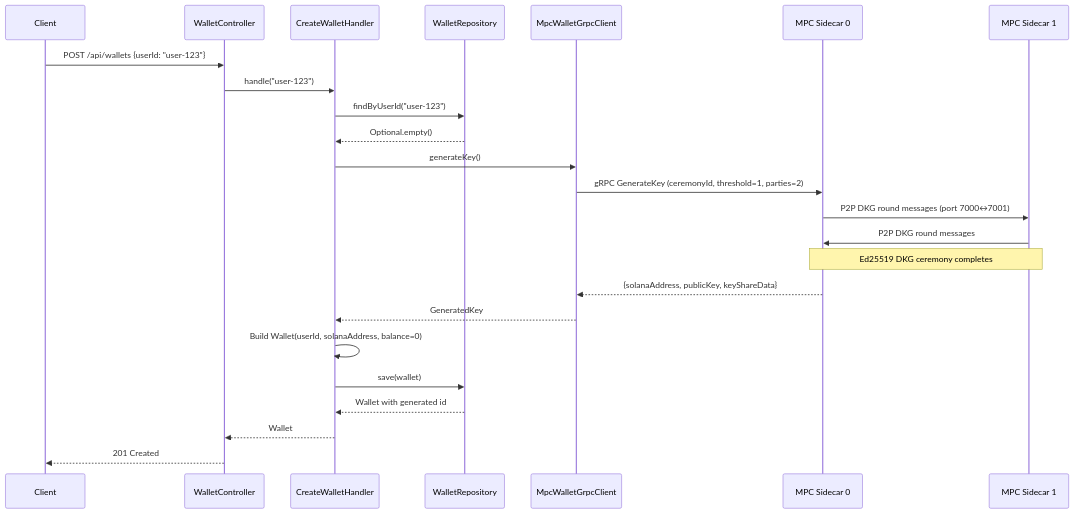
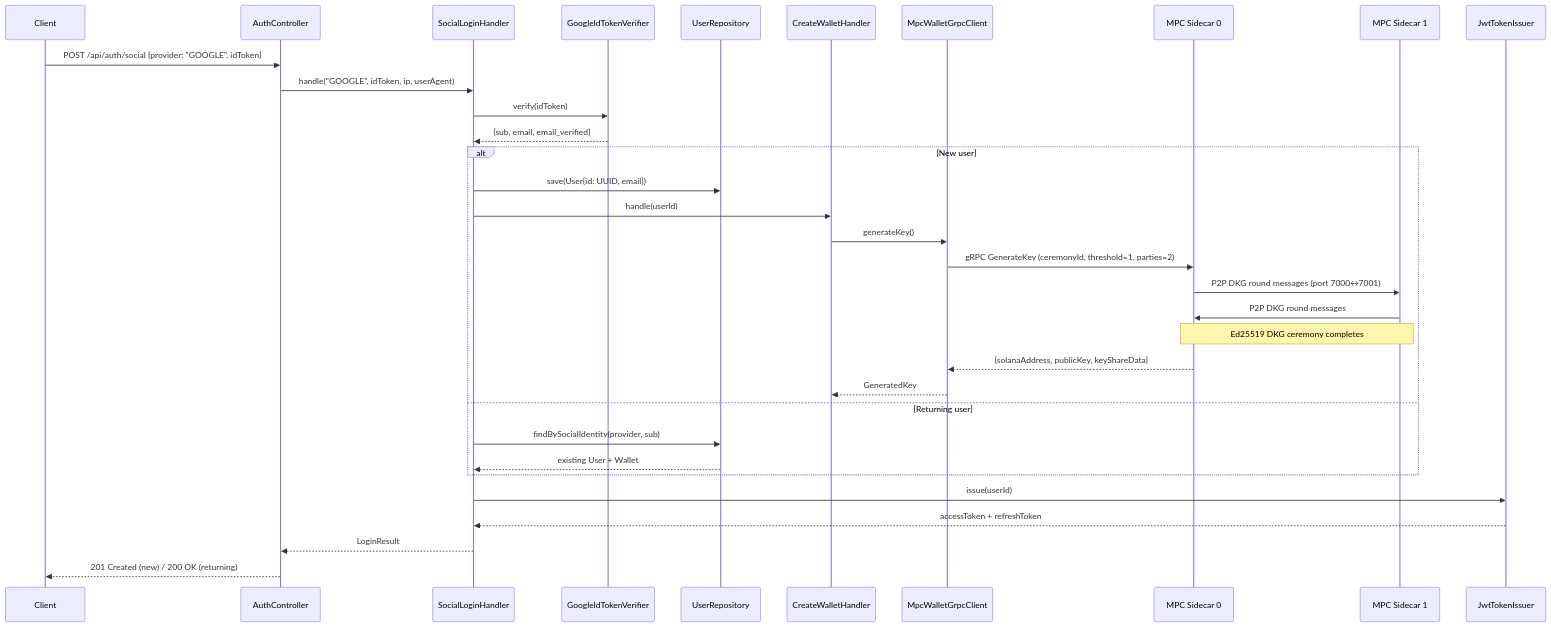
The third of 11 diagrams in README.md (Puneethkumarck/stablepay-hackathon), drawn with Mermaid before and after one commit. The commit also changed other lines of this file and 10 other files, not shown here.

First line of the commit message:
feat(STA-104): update README with architecture images, extract Solana accounting model, auth-aware e2e script

````diff
--- a/README.md
+++ b/README.md
@@ -198,31 +209,38 @@
 ```mermaid
 sequenceDiagram
     participant Client
-    participant Controller as WalletController
-    participant Handler as CreateWalletHandler
-    participant Repo as WalletRepository
+    participant Controller as AuthController
+    participant Handler as SocialLoginHandler
+    participant Google as GoogleIdTokenVerifier
+    participant UserRepo as UserRepository
+    participant WalletHandler as CreateWalletHandler
     participant MPC as MpcWalletGrpcClient
     participant Sidecar0 as MPC Sidecar 0
     participant Sidecar1 as MPC Sidecar 1
+    participant JWT as JwtTokenIssuer
 
-    Client->>Controller: POST /api/wallets {userId: "user-123"}
+    Client->>Controller: POST /api/auth/social {provider: "GOOGLE", idToken}
+    Controller->>Handler: handle("GOOGLE", idToken, ip, userAgent)
+    Handler->>Google: verify(idToken)
+    Google-->>Handler: {sub, email, email_verified}
 
-    Controller->>Handler: handle("user-123")
-    Handler->>Repo: findByUserId("user-123")
-    Repo-->>Handler: Optional.empty()
+    alt New user
+        Handler->>UserRepo: save(User{id: UUID, email})
+        Handler->>WalletHandler: handle(userId)
+        WalletHandler->>MPC: generateKey()
+        MPC->>Sidecar0: gRPC GenerateKey (ceremonyId, threshold=1, parties=2)
+        Sidecar0->>Sidecar1: P2P DKG round messages (port 7000↔7001)
+        Sidecar1->>Sidecar0: P2P DKG round messages
+        Note over Sidecar0,Sidecar1: Ed25519 DKG ceremony completes
+        Sidecar0-->>MPC: {solanaAddress, publicKey, keyShareData}
+        MPC-->>WalletHandler: GeneratedKey
+    else Returning user
+        Handler->>UserRepo: findBySocialIdentity(provider, sub)
+        UserRepo-->>Handler: existing User + Wallet
+    end
 
-    Handler->>MPC: generateKey()
-    MPC->>Sidecar0: gRPC GenerateKey (ceremonyId, threshold=1, parties=2)
-    Sidecar0->>Sidecar1: P2P DKG round messages (port 7000↔7001)
-    Sidecar1->>Sidecar0: P2P DKG round messages
-    Note over Sidecar0,Sidecar1: Ed25519 DKG ceremony completes
-    Sidecar0-->>MPC: {solanaAddress, publicKey, keyShareData}
-    MPC-->>Handler: GeneratedKey
-
-    Handler->>Handler: Build Wallet(userId, solanaAddress, balance=0)
-    Handler->>Repo: save(wallet)
-    Repo-->>Handler: Wallet with generated id
-
-    Handler-->>Controller: Wallet
-    Controller-->>Client: 201 Created
+    Handler->>JWT: issue(userId)
+    JWT-->>Handler: accessToken + refreshToken
+    Handler-->>Controller: LoginResult
+    Controller-->>Client: 201 Created (new) / 200 OK (returning)
 ```
````
